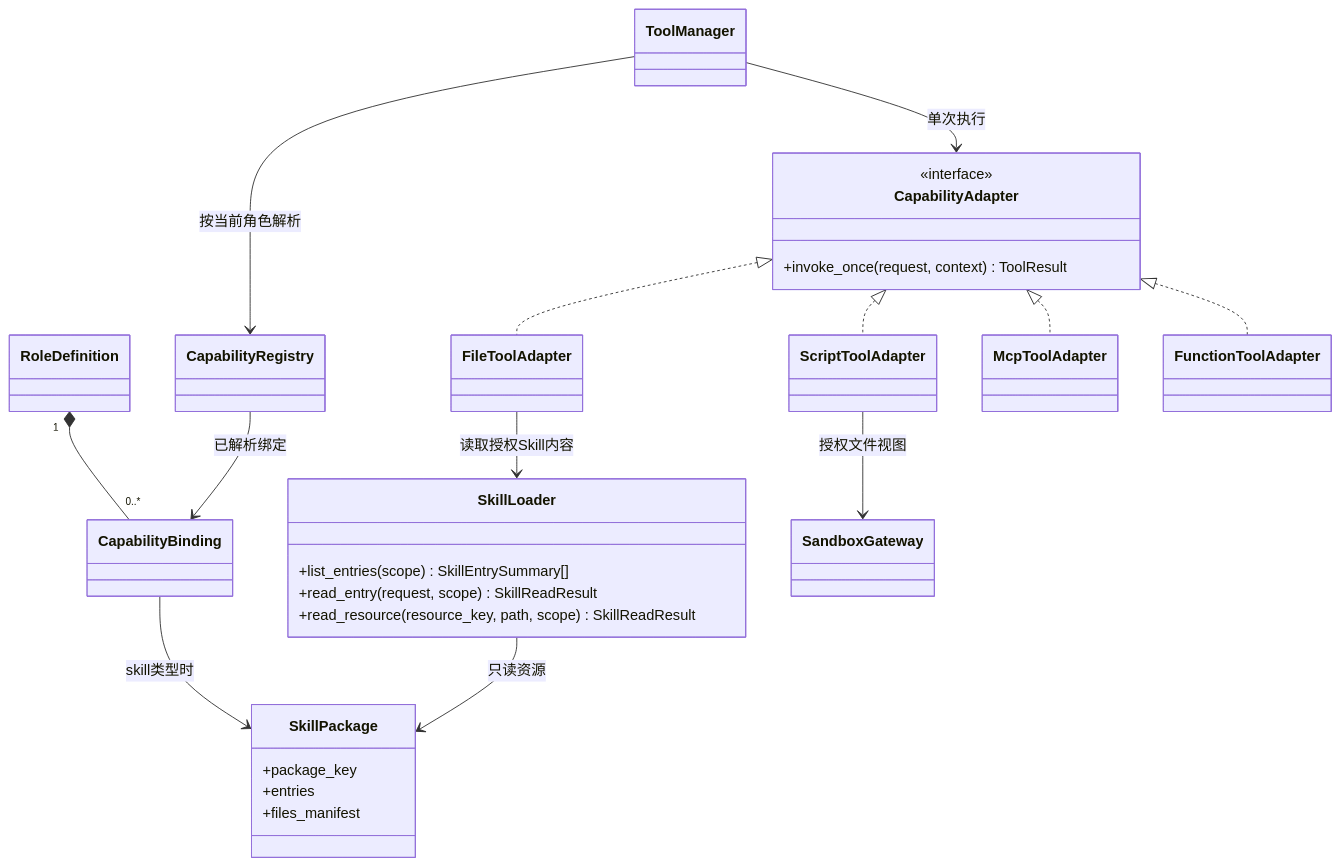
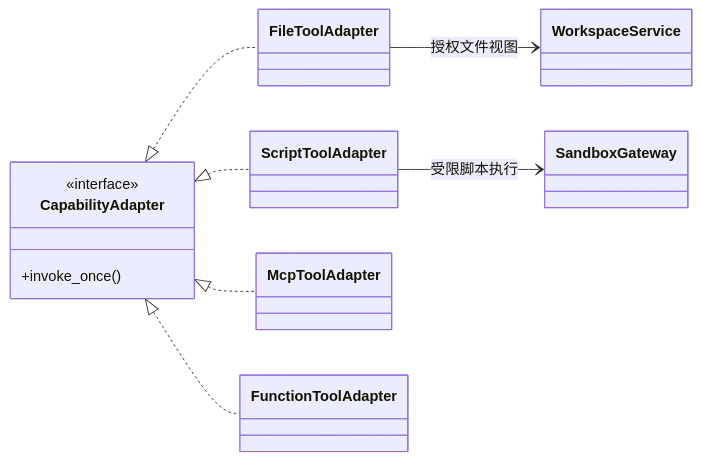
One commit to dujian0068/agent-loom changed diagram 11 of 14 in docs/sdk/object-collaboration.md. Above: the diagram before and after it, drawn with Mermaid. The commit also changed other lines of this file and 17 other files, not shown here.

````diff
--- a/docs/sdk/object-collaboration.md
+++ b/docs/sdk/object-collaboration.md
@@ -441,38 +711,20 @@
 ```mermaid
 classDiagram
-    class RoleDefinition
-    class CapabilityBinding
-    class CapabilityRegistry
-    class SkillPackage {
-      +package_key
-      +entries
-      +files_manifest
-    }
-    class SkillLoader {
-      +list_entries(scope) SkillEntrySummary[]
-      +read_entry(request, scope) SkillReadResult
-      +read_resource(resource_key, path, scope) SkillReadResult
-    }
-    class ToolManager
+    direction LR
     class CapabilityAdapter {
       <<interface>>
-      +invoke_once(request, context) ToolResult
+      +invoke_once()
     }
     class FileToolAdapter
     class ScriptToolAdapter
     class McpToolAdapter
     class FunctionToolAdapter
+    class WorkspaceService
     class SandboxGateway
-    RoleDefinition "1" *-- "0..*" CapabilityBinding
-    CapabilityRegistry --> CapabilityBinding : 已解析绑定
-    CapabilityBinding --> SkillPackage : skill类型时
-    SkillLoader --> SkillPackage : 只读资源
-    ToolManager --> CapabilityRegistry : 按当前角色解析
-    ToolManager --> CapabilityAdapter : 单次执行
     CapabilityAdapter <|.. FileToolAdapter
     CapabilityAdapter <|.. ScriptToolAdapter
     CapabilityAdapter <|.. McpToolAdapter
     CapabilityAdapter <|.. FunctionToolAdapter
-    FileToolAdapter --> SkillLoader : 读取授权Skill内容
-    ScriptToolAdapter --> SandboxGateway : 授权文件视图
+    FileToolAdapter --> WorkspaceService : 授权文件视图
+    ScriptToolAdapter --> SandboxGateway : 受限脚本执行
 ```
````
